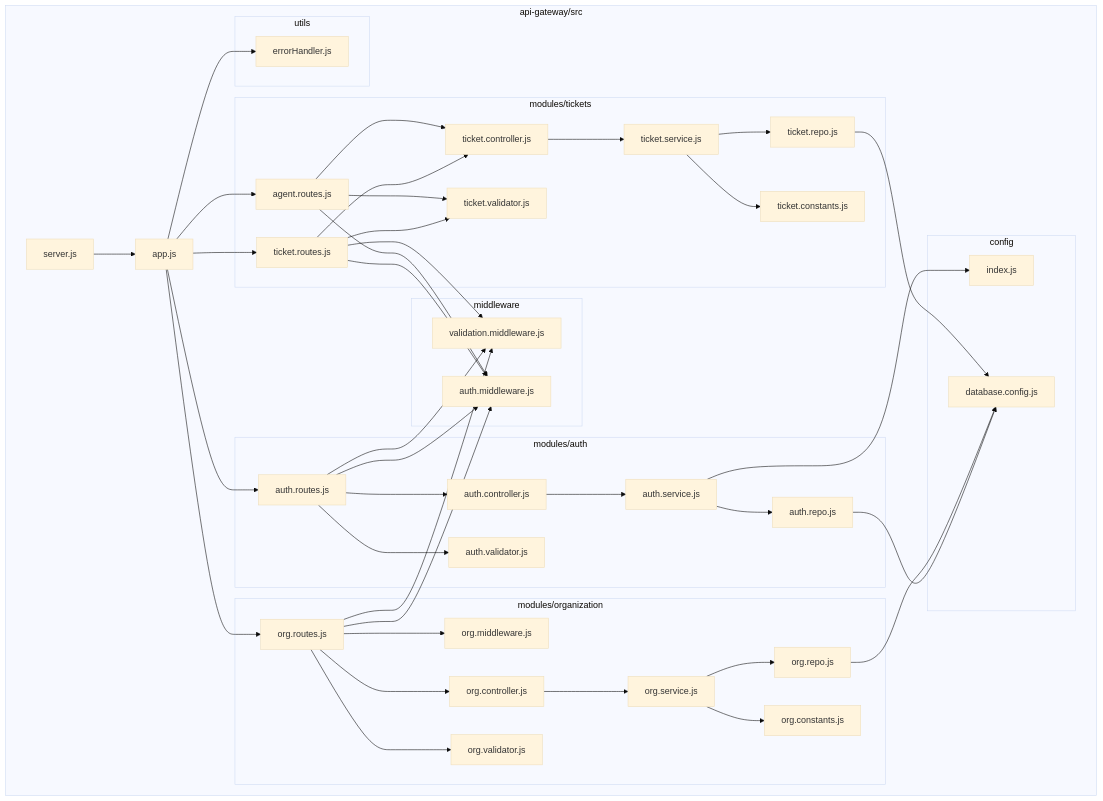
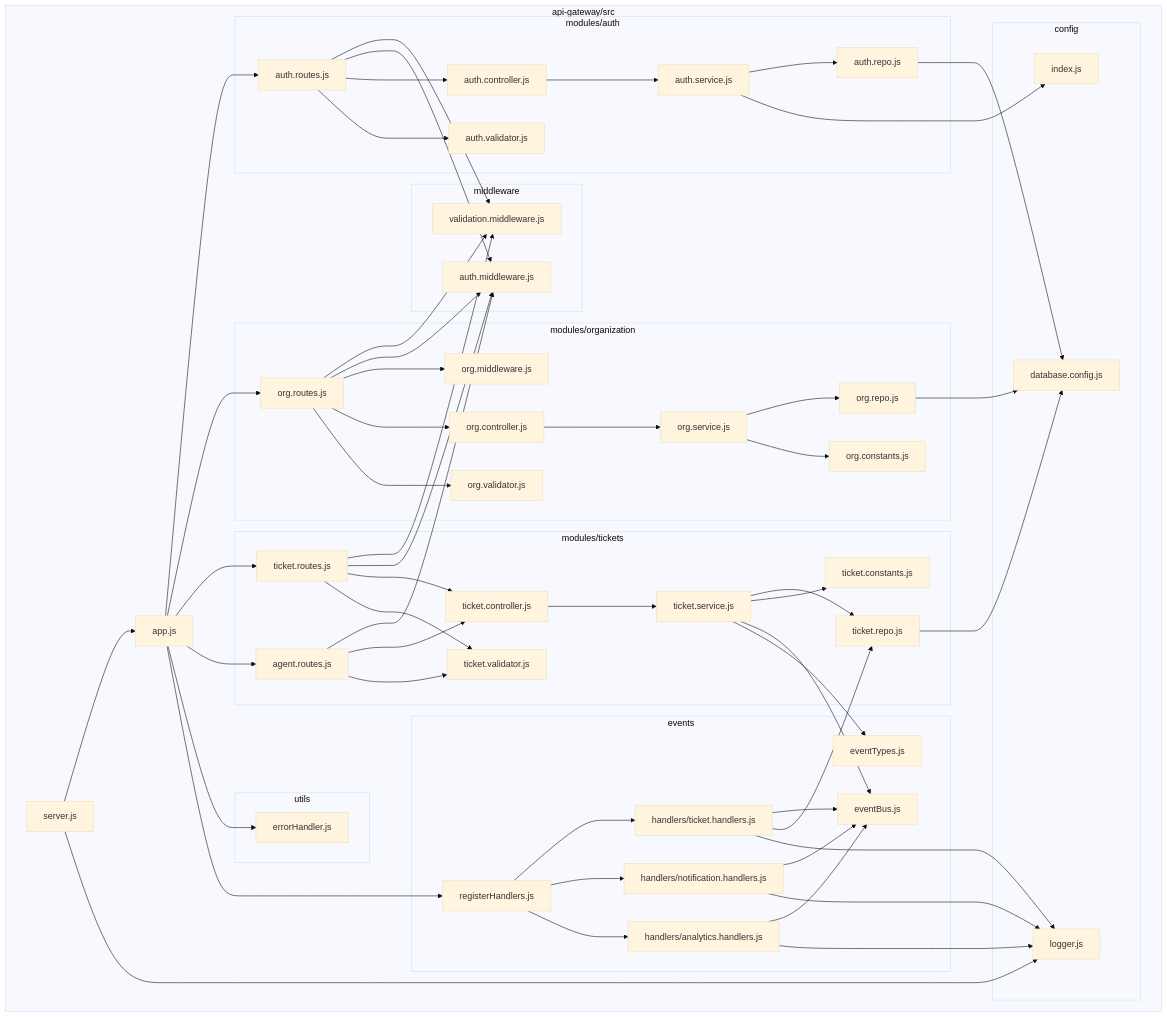
One commit to hardik-agarwal18/HelpForge changed the third of 22 diagrams in docs/uml/gallery.md. Above: the diagram before and after it, drawn with Mermaid (base theme). The commit also changed other lines of this file and 7 other files, not shown here.

Commit message:
feat(uml): enhance UML diagrams with event bus and logging components for ticket management

```diff
--- a/docs/uml/gallery.md
+++ b/docs/uml/gallery.md
@@ -161,6 +169,7 @@
     subgraph ConfigPkg[config]
       ConfigIndex[index.js]
       DbConfig[database.config.js]
+      LoggerConfig[logger.js]
     end
 
     subgraph MiddlewarePkg[middleware]
@@ -196,17 +205,28 @@
       TicketConstants[ticket.constants.js]
     end
 
+    subgraph EventsPkg[events]
+      EventBus[eventBus.js]
+      EventTypes[eventTypes.js]
+      RegisterHandlers[registerHandlers.js]
+      TicketHandlers[handlers/ticket.handlers.js]
+      NotificationHandlers[handlers/notification.handlers.js]
+      AnalyticsHandlers[handlers/analytics.handlers.js]
+    end
+
     subgraph UtilsPkg[utils]
       ErrorHandler[errorHandler.js]
     end
   end
 
   Server --> App
+  Server --> LoggerConfig
   App --> AuthRoutes
   App --> OrgRoutes
   App --> TicketRoutes
   App --> AgentRoutes
   App --> ErrorHandler
+  App --> RegisterHandlers
 
   AuthRoutes --> ValidationMW
   AuthRoutes --> AuthMW
@@ -235,7 +255,20 @@
   TicketController --> TicketService
   TicketService --> TicketRepo
   TicketService --> TicketConstants
+  TicketService --> EventBus
+  TicketService --> EventTypes
   TicketRepo --> DbConfig
   TicketRoutes --> TicketValidator
   AgentRoutes --> TicketValidator
+
+  RegisterHandlers --> TicketHandlers
+  RegisterHandlers --> NotificationHandlers
+  RegisterHandlers --> AnalyticsHandlers
+  TicketHandlers --> EventBus
+  NotificationHandlers --> EventBus
+  AnalyticsHandlers --> EventBus
+  TicketHandlers --> TicketRepo
+  TicketHandlers --> LoggerConfig
+  NotificationHandlers --> LoggerConfig
+  AnalyticsHandlers --> LoggerConfig
 ~~~
```
